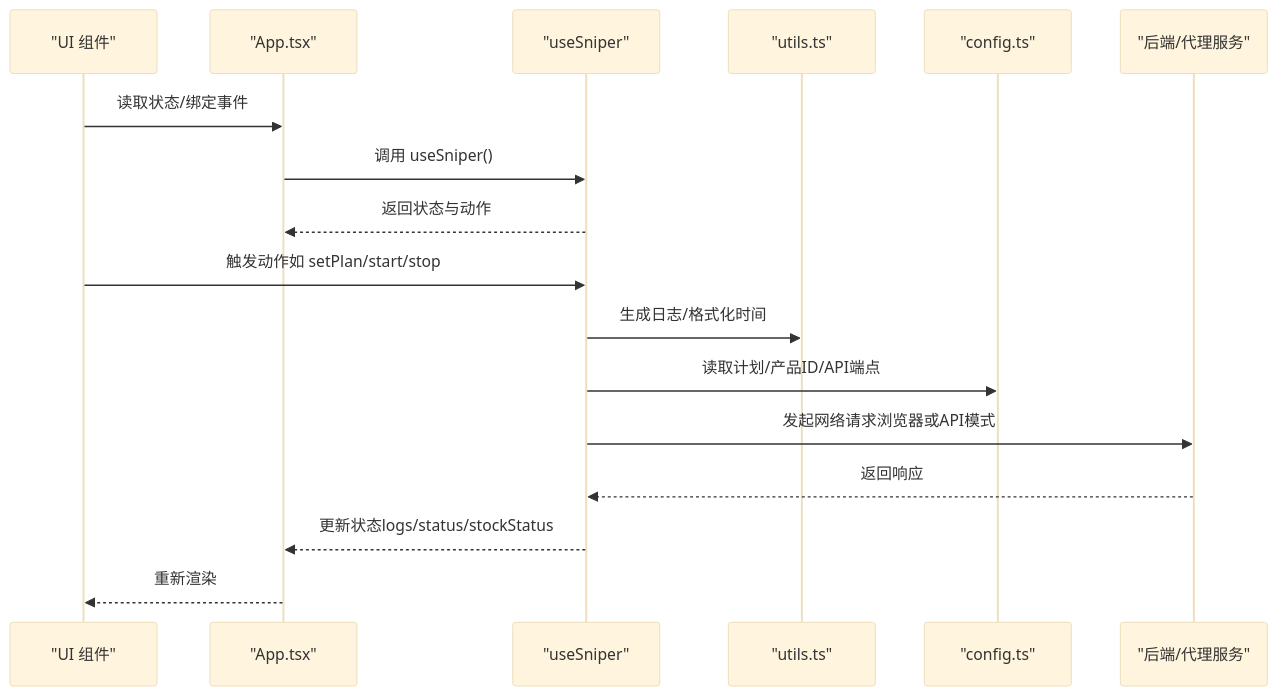
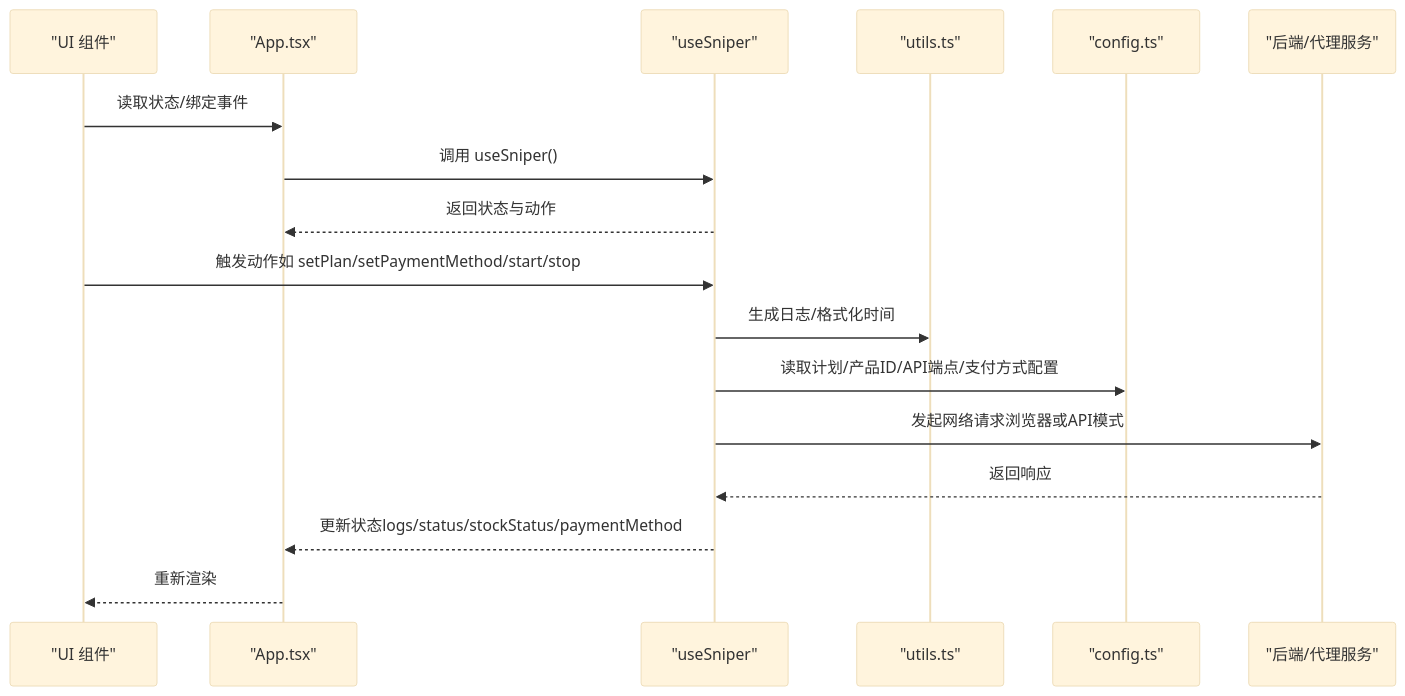
Before and after one commit to 16499259-oss/GLM-sniper: the second of 6 diagrams in .qoder/repowiki/zh/content/核心架构/状态管理架构.md, drawn with Mermaid (base theme). The commit also changed other lines of this file and 6 other files, not shown here.

````diff
--- a/.qoder/repowiki/zh/content/核心架构/状态管理架构.md
+++ b/.qoder/repowiki/zh/content/核心架构/状态管理架构.md
@@ -106,19 +122,19 @@
 ```mermaid
 sequenceDiagram
 participant UI as "UI 组件"
 participant App as "App.tsx"
 participant Hook as "useSniper"
 participant Utils as "utils.ts"
 participant Cfg as "config.ts"
 participant Backend as "后端/代理服务"
 UI->>App : 读取状态/绑定事件
 App->>Hook : 调用 useSniper()
 Hook-->>App : 返回状态与动作
-UI->>Hook : 触发动作如 setPlan/start/stop
+UI->>Hook : 触发动作如 setPlan/setPaymentMethod/start/stop
 Hook->>Utils : 生成日志/格式化时间
-Hook->>Cfg : 读取计划/产品ID/API端点
+Hook->>Cfg : 读取计划/产品ID/API端点/支付方式配置
 Hook->>Backend : 发起网络请求浏览器或API模式
 Backend-->>Hook : 返回响应
-Hook-->>App : 更新状态logs/status/stockStatus
+Hook-->>App : 更新状态logs/status/stockStatus/paymentMethod
 App-->>UI : 重新渲染
 ```
````
